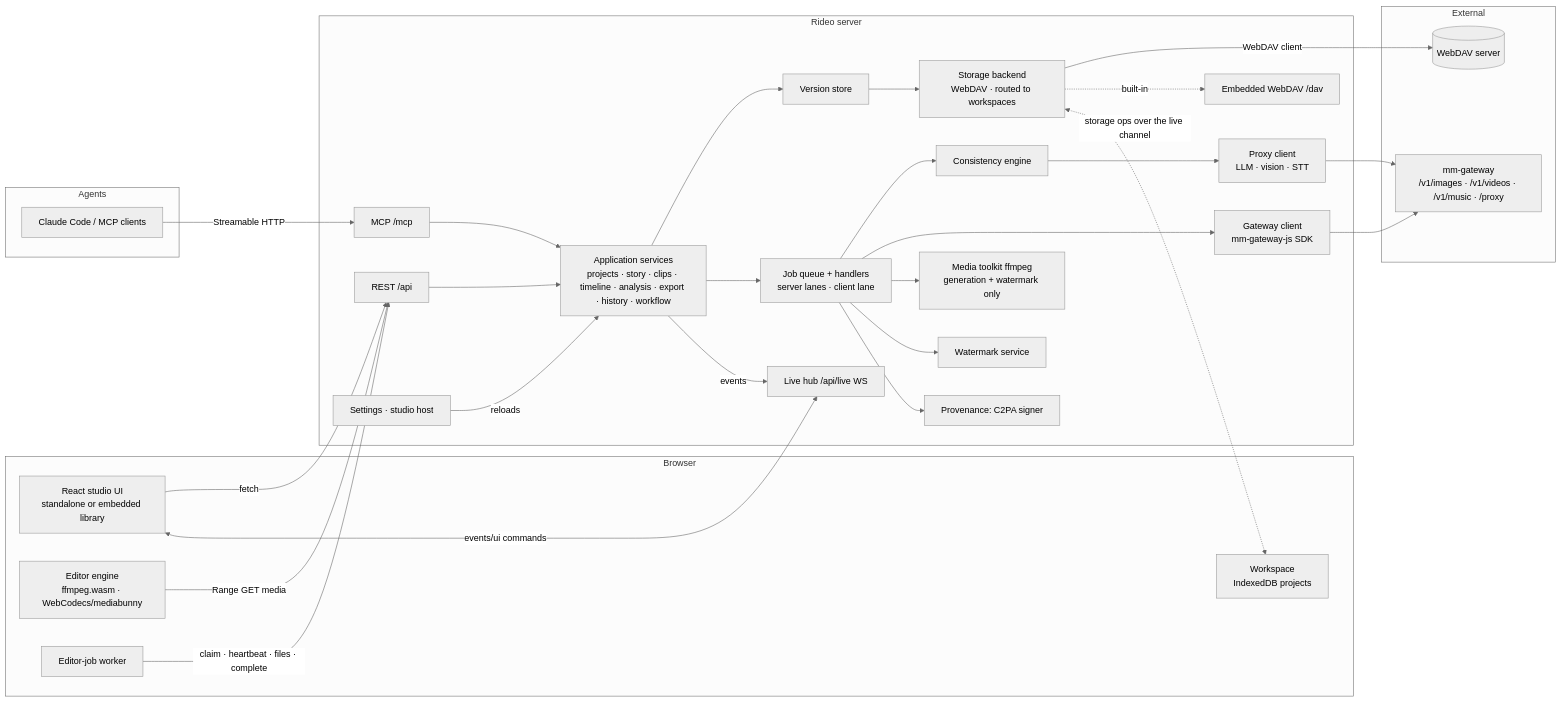
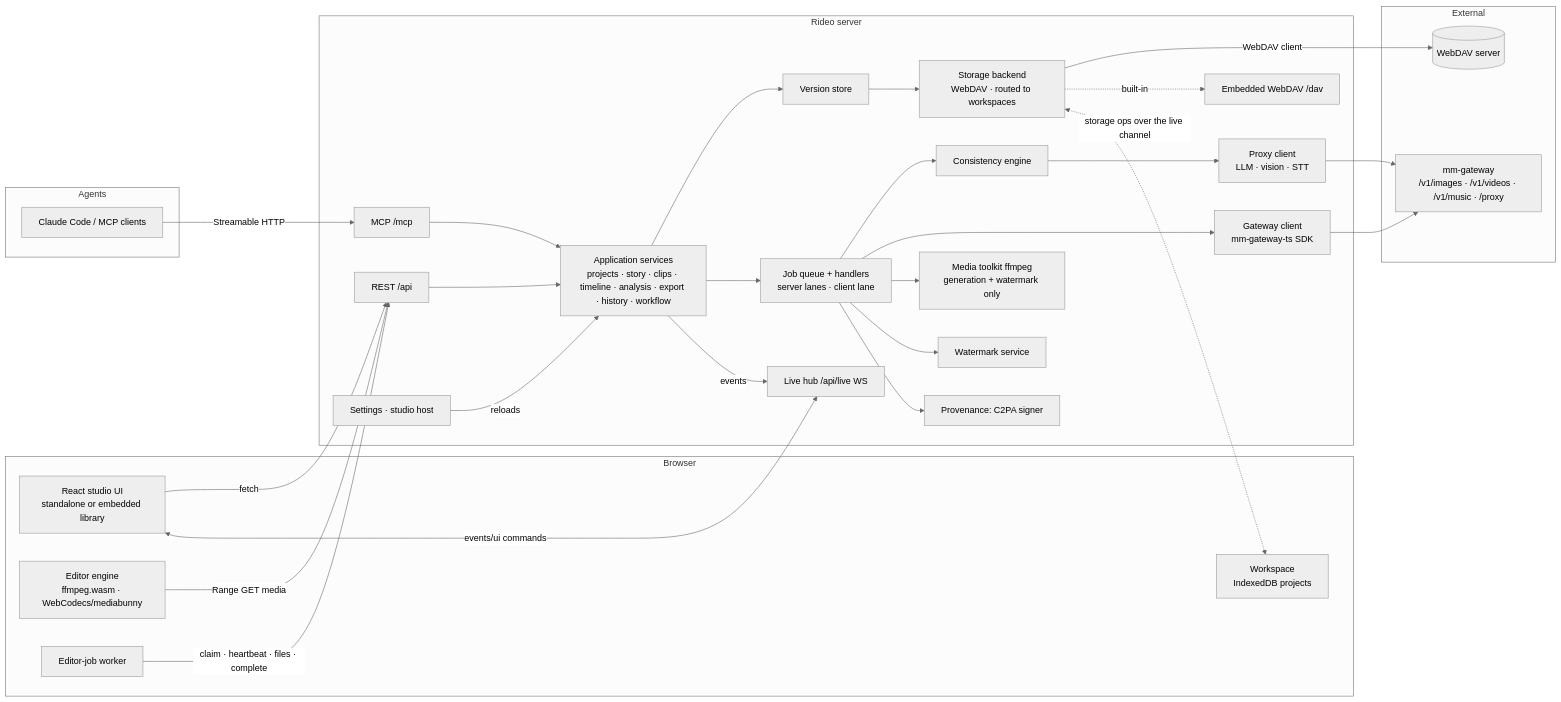
One commit to sloth-os/rideo changed the diagram in docs/architecture.md. Above: the diagram before and after it, drawn with Mermaid (neutral theme). The commit also changed other lines of this file and 44 other files, not shown here.

First line of the commit message:
feat(gateway): the mm-gateway-ts SDK, and an end-to-end suite on real models

````diff
--- a/docs/architecture.md
+++ b/docs/architecture.md
@@ -29,52 +29,52 @@
 ```mermaid
 flowchart LR
   subgraph Browser
     UI[React studio UI<br/>standalone or embedded library]
     ENG[Editor engine<br/>ffmpeg.wasm · WebCodecs/mediabunny]
     EJ[Editor-job worker]
     WS[Workspace<br/>IndexedDB projects]
   end
   subgraph Agents
     CC[Claude Code / MCP clients]
   end
   subgraph Rideo server
     REST[REST /api]
     LIVE[Live hub /api/live WS]
     MCP[MCP /mcp]
     SVC[Application services<br/>projects · story · clips · timeline · analysis · export · history · workflow]
     JOBS[Job queue + handlers<br/>server lanes · client lane]
     CONS[Consistency engine]
     WM[Watermark service]
     C2PA[Provenance: C2PA signer]
     MEDIA[Media toolkit ffmpeg<br/>generation + watermark only]
     VCS[Version store]
     STORE[Storage backend<br/>WebDAV · routed to workspaces]
     DAV[Embedded WebDAV /dav]
     SET[Settings · studio host]
-    GW[Gateway client<br/>mm-gateway-js SDK]
+    GW[Gateway client<br/>mm-gateway-ts SDK]
     PX[Proxy client<br/>LLM · vision · STT]
   end
   subgraph External
     MMG[mm-gateway<br/>/v1/images · /v1/videos · /v1/music · /proxy]
     WEBDAV[(WebDAV server)]
   end
   UI -- fetch --> REST
   UI <-- events/ui commands --> LIVE
   ENG -- Range GET media --> REST
   EJ -- claim · heartbeat · files · complete --> REST
   CC -- Streamable HTTP --> MCP
   REST --> SVC
   MCP --> SVC
   SVC --> VCS --> STORE
   SVC --> JOBS --> CONS
   JOBS --> GW --> MMG
   CONS --> PX --> MMG
   JOBS --> MEDIA
   JOBS --> WM
   JOBS --> C2PA
   SVC -- events --> LIVE
   STORE -- WebDAV client --> WEBDAV
   STORE -. built-in .-> DAV
   STORE <-. storage ops over the live channel .-> WS
   SET -- reloads --> SVC
 ```
````
